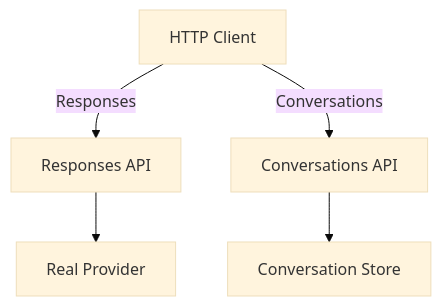
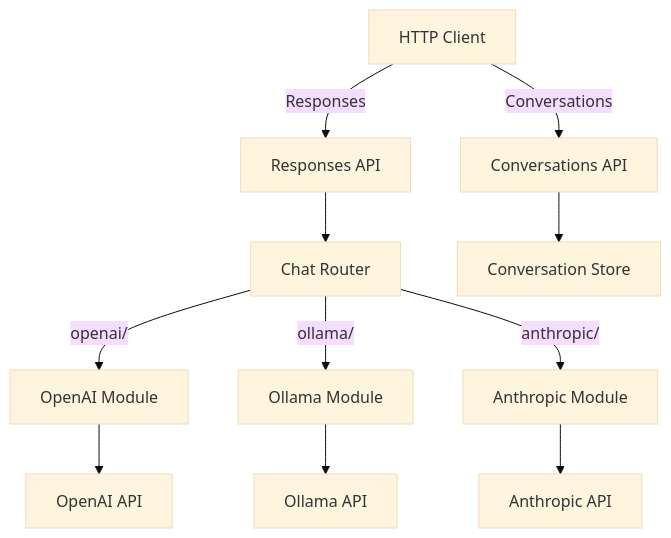
Before and after one commit to modAI-systems/modAI-chat: the diagram in backend/architecture/chat.md, drawn with Mermaid (base theme). The commit also changed other lines of this file and 12 other files, not shown here.

Commit message:
refactor: make chat module more ideomatic

````diff
--- a/backend/architecture/chat.md
+++ b/backend/architecture/chat.md
@@ -17,8 +17,14 @@
 ```mermaid
 flowchart TD
     A[HTTP Client]
     A -->|Responses| C[Responses API]
     A -->|Conversations| D[Conversations API]
-    C --> E[Real Provider]
+    C --> R[Chat Router]
+    R -->|openai/| O[OpenAI Module]
+    R -->|ollama/| L[Ollama Module]
+    R -->|anthropic/| P[Anthropic Module]
+    O --> E1[OpenAI API]
+    L --> E2[Ollama API]
+    P --> E3[Anthropic API]
     D --> F[Conversation Store]
 ```
````
